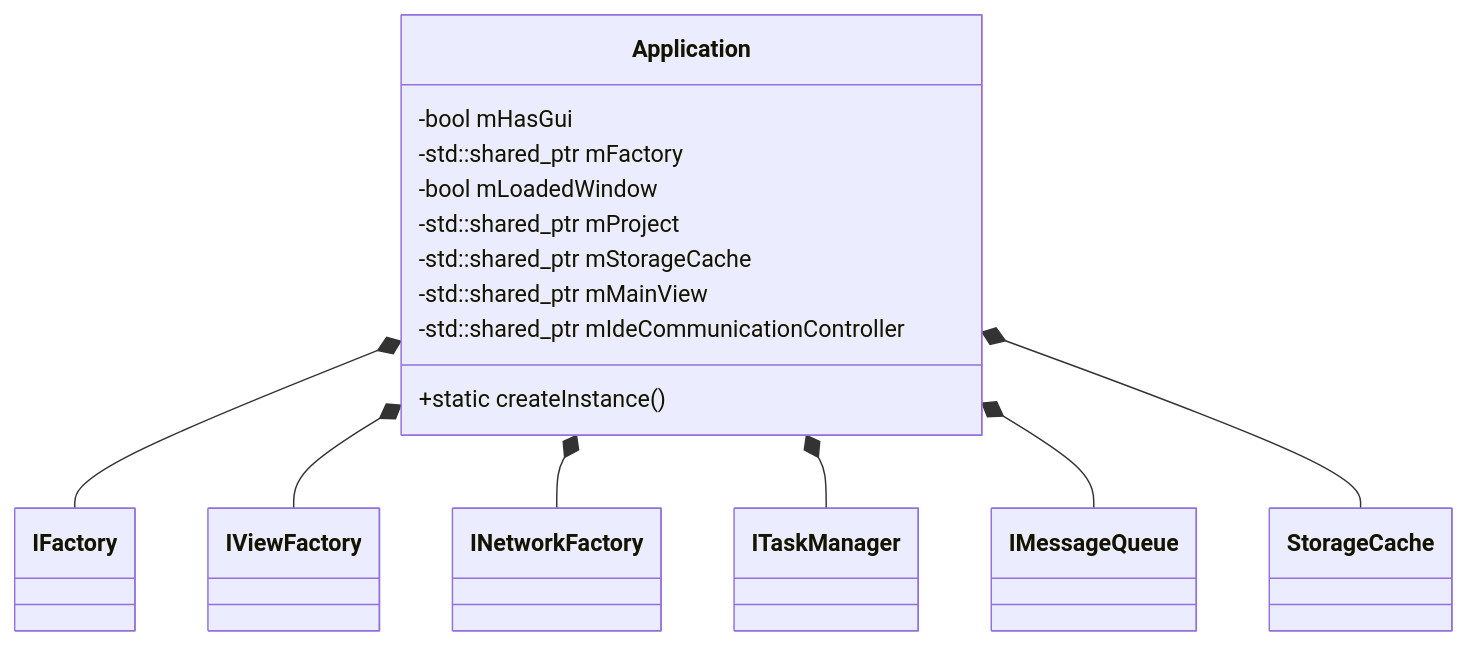
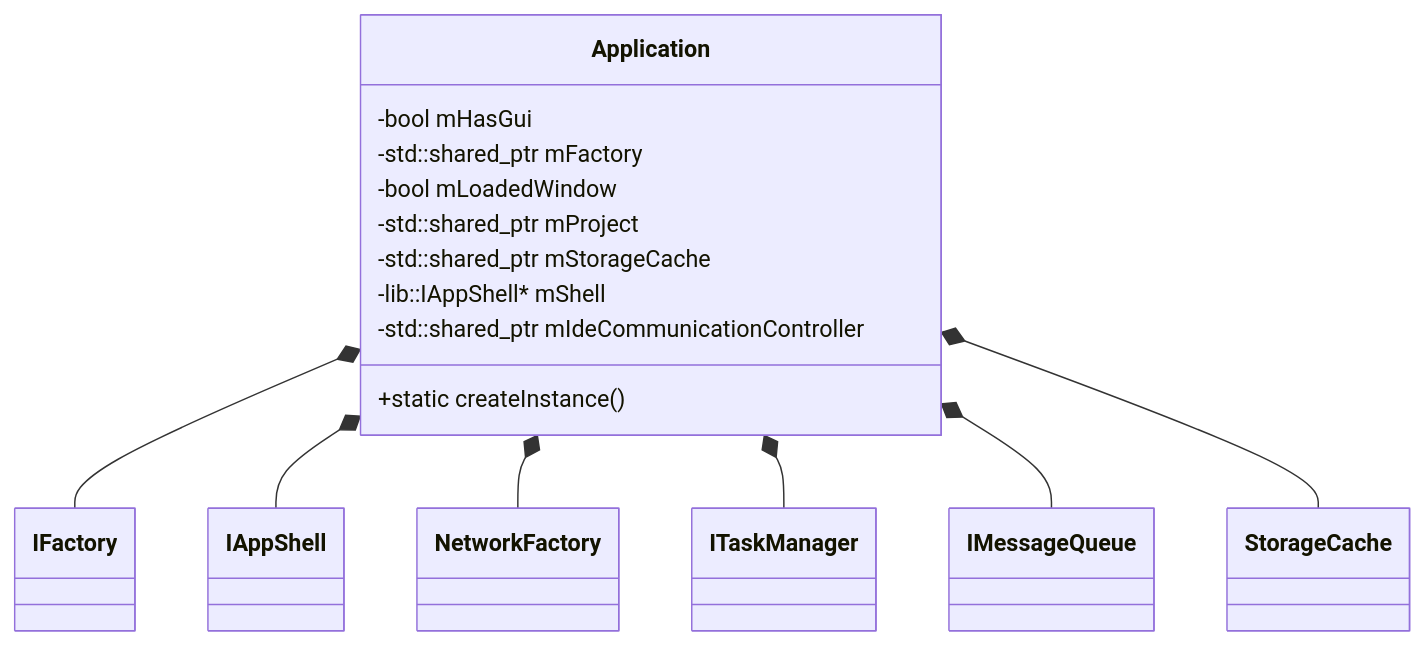
Before and after one commit to OpenSourceSourceTrail/Sourcetrail: the first of 3 diagrams in src/lib/lib/README.md, drawn with Mermaid. The commit also changed 5 other files, not shown here.

First line of the commit message:
lib: reach the user interface through IAppShell instead of MainView

````diff
--- a/src/lib/lib/README.md
+++ b/src/lib/lib/README.md
@@ -21,20 +21,20 @@
 ```mermaid
 classDiagram
   class Application {
     +static createInstance()
     -bool mHasGui
     -std::shared_ptr<lib::IFactory> mFactory
     -bool mLoadedWindow
     -std::shared_ptr<IProject> mProject
     -std::shared_ptr<StorageCache> mStorageCache
-    -std::shared_ptr<MainView> mMainView
+    -lib::IAppShell* mShell
     -std::shared_ptr<IDECommunicationController> mIdeCommunicationController
   }
 
   Application *-- IFactory
-  Application *-- IViewFactory
-  Application *-- INetworkFactory
+  Application *-- IAppShell
+  Application *-- NetworkFactory
   Application *-- ITaskManager
   Application *-- IMessageQueue
   Application *-- StorageCache
 ```
````
